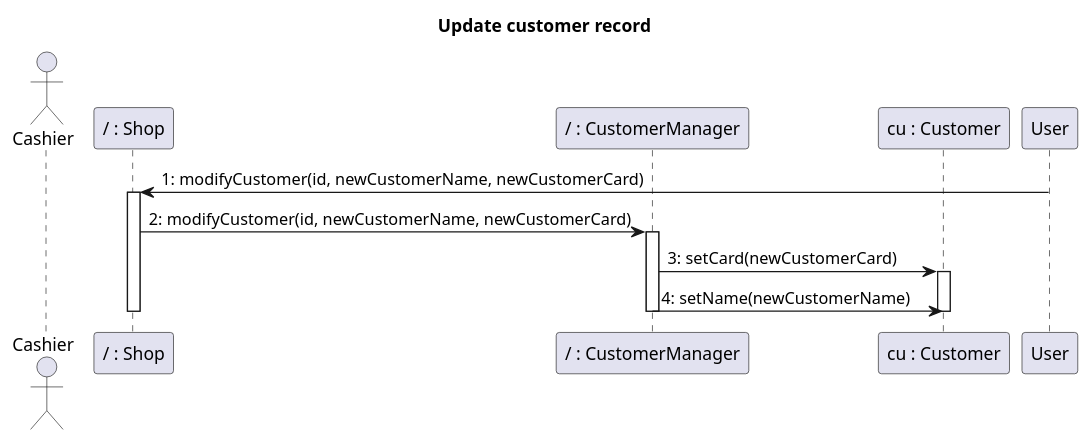
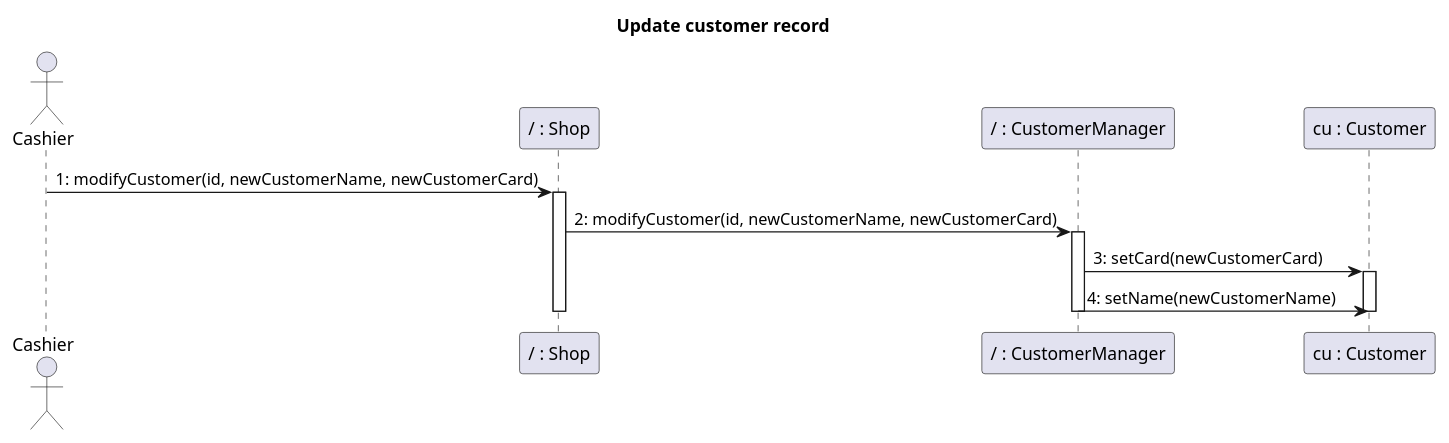
Before and after one commit to nicolabattaglino/ezshop: diagram 15 of 32 in Deliverables/DesignDocument.md, drawn with PlantUML. The commit also changed other lines of this file, not shown here.

Commit message:
changes in seq. diagrams

````diff
--- a/Deliverables/DesignDocument.md
+++ b/Deliverables/DesignDocument.md
@@ -728,21 +727,21 @@
 ```plantuml
 @startuml
 
 title Update customer record
 actor Cashier
 participant "/ : Shop" as Shop
 participant "/ : CustomerManager" as CustomerManager
 participant "cu : Customer" as Customer
 
-User -> Shop: 1: modifyCustomer(id, newCustomerName, newCustomerCard)
+Cashier -> Shop: 1: modifyCustomer(id, newCustomerName, newCustomerCard)
 activate Shop
 Shop -> CustomerManager: 2: modifyCustomer(id, newCustomerName, newCustomerCard)
 activate CustomerManager
 CustomerManager -> Customer: 3: setCard(newCustomerCard)
 activate Customer
 CustomerManager -> Customer: 4: setName(newCustomerName)
 deactivate Customer
 deactivate CustomerManager
 deactivate Shop
 @enduml
 ```
````
